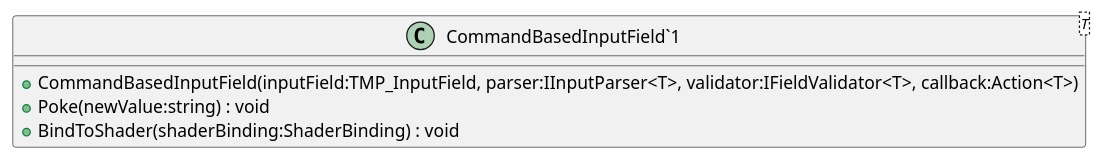
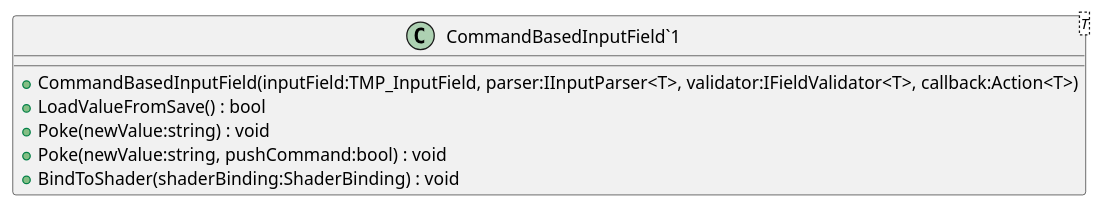
One commit to streepje8/ToolDev2023 changed the diagram in UML/CommandBasedComponents/CommandBasedInputField.puml. Above: the diagram before and after it, drawn with PlantUML. The commit also changed 19 other files, not shown here.

Commit message:
Generate UML (Generate UML)

```diff
--- a/UML/CommandBasedComponents/CommandBasedInputField.puml
+++ b/UML/CommandBasedComponents/CommandBasedInputField.puml
@@ -1,7 +1,9 @@
 @startuml
 class "CommandBasedInputField`1"<T> {
     + CommandBasedInputField(inputField:TMP_InputField, parser:IInputParser<T>, validator:IFieldValidator<T>, callback:Action<T>)
+    + LoadValueFromSave() : bool
     + Poke(newValue:string) : void
+    + Poke(newValue:string, pushCommand:bool) : void
     + BindToShader(shaderBinding:ShaderBinding) : void
 }
 @enduml
```
